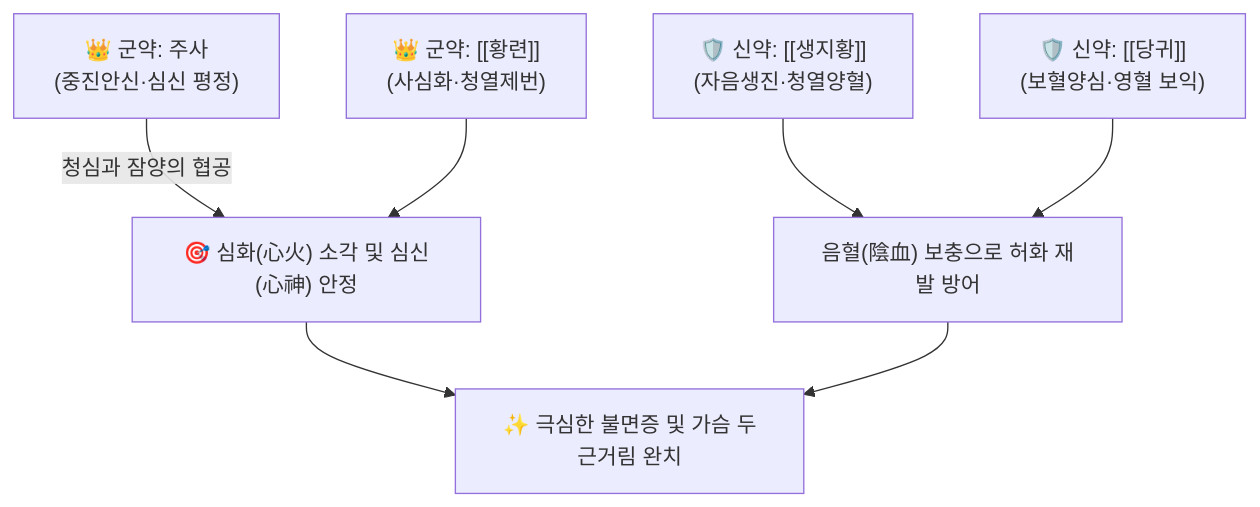
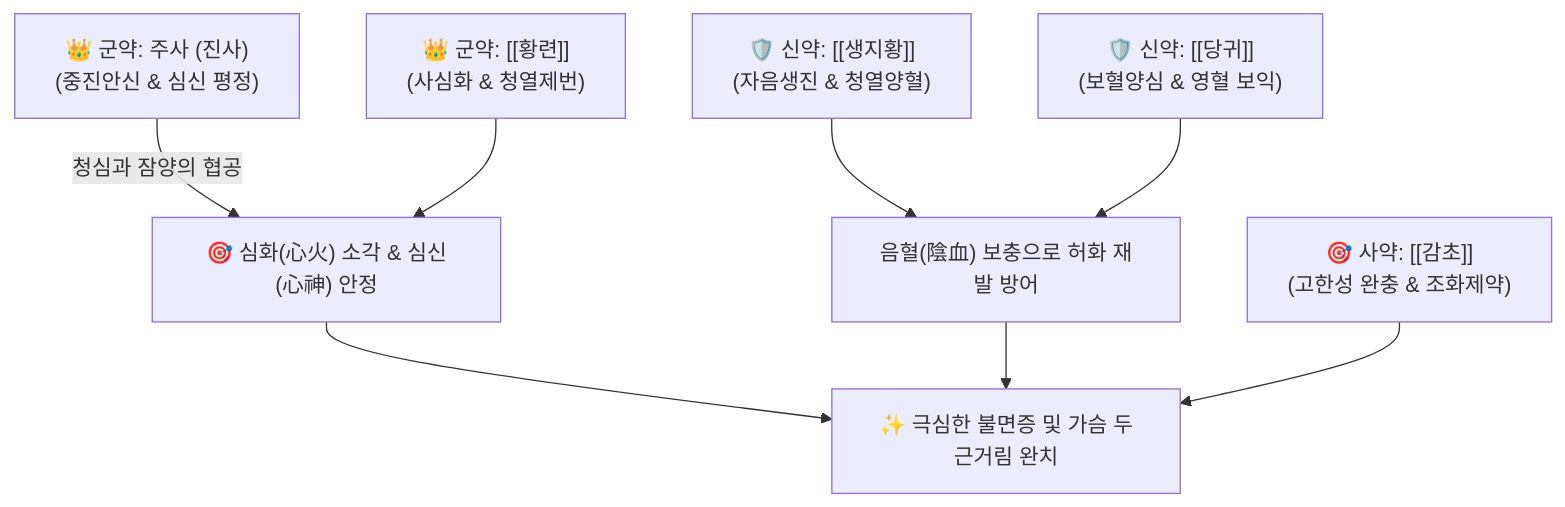
One commit to simbio11/simbio-digital-garden2 changed the diagram in content/2. 약리 공부/처방/08_치풍·안신·개규제/주사안신환.md. Above: the diagram before and after it, drawn with Mermaid. The commit also changed other lines of this file and 799 other files, not shown here.

````diff
--- a/content/2. 약리 공부/처방/08_치풍·안신·개규제/주사안신환.md
+++ b/content/2. 약리 공부/처방/08_치풍·안신·개규제/주사안신환.md
@@ -38,9 +42,10 @@
 ```mermaid
 graph TD
-    Gun1["👑 군약: 주사<br>(중진안신·심신 평정)"] -->|청심과 잠양의 협공| Goal["🎯 심화(心火) 소각 및 심신(心神) 안정"]
-    Gun2["👑 군약: [[황련]]<br>(사심화·청열제번)"] --> Goal
-    Sin1["🛡️ 신약: [[생지황]]<br>(자음생진·청열양혈)"] --> Supp["음혈(陰血) 보충으로 허화 재발 방어"]
-    Sin2["🛡️ 신약: [[당귀]]<br>(보혈양심·영혈 보익)"] --> Supp
+    Gun1["👑 군약: 주사 (진사)<br>(중진안신 & 심신 평정)"] -->|청심과 잠양의 협공| Goal["🎯 심화(心火) 소각 & 심신(心神) 안정"]
+    Gun2["👑 군약: [[황련]]<br>(사심화 & 청열제번)"] --> Goal
+    Sin1["🛡️ 신약: [[생지황]]<br>(자음생진 & 청열양혈)"] --> Supp["음혈(陰血) 보충으로 허화 재발 방어"]
+    Sin2["🛡️ 신약: [[당귀]]<br>(보혈양심 & 영혈 보익)"] --> Supp
     Goal --> Outcome["✨ 극심한 불면증 및 가슴 두근거림 완치"]
     Supp --> Outcome
+    Sa["🎯 사약: [[감초]]<br>(고한성 완충 & 조화제약)"] --> Outcome
 ```
````
